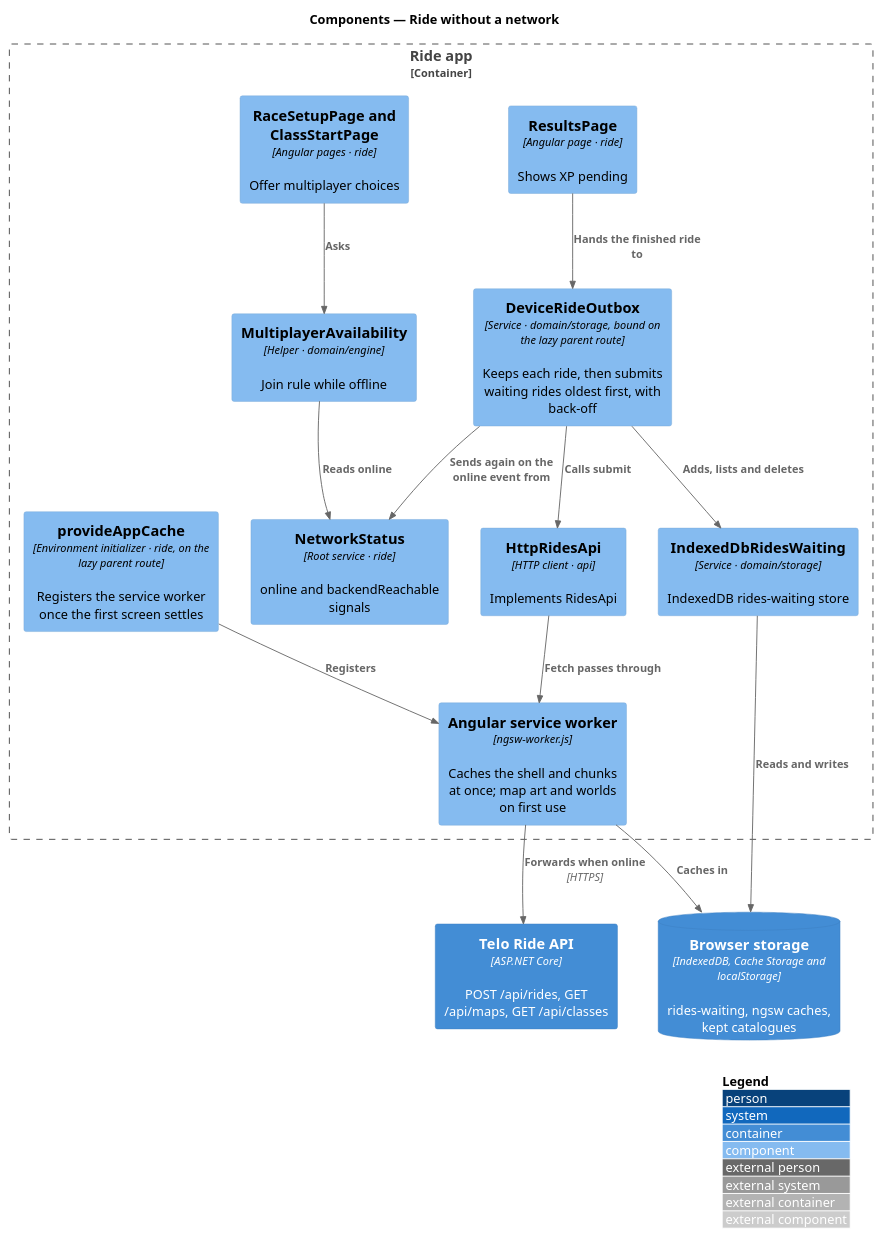
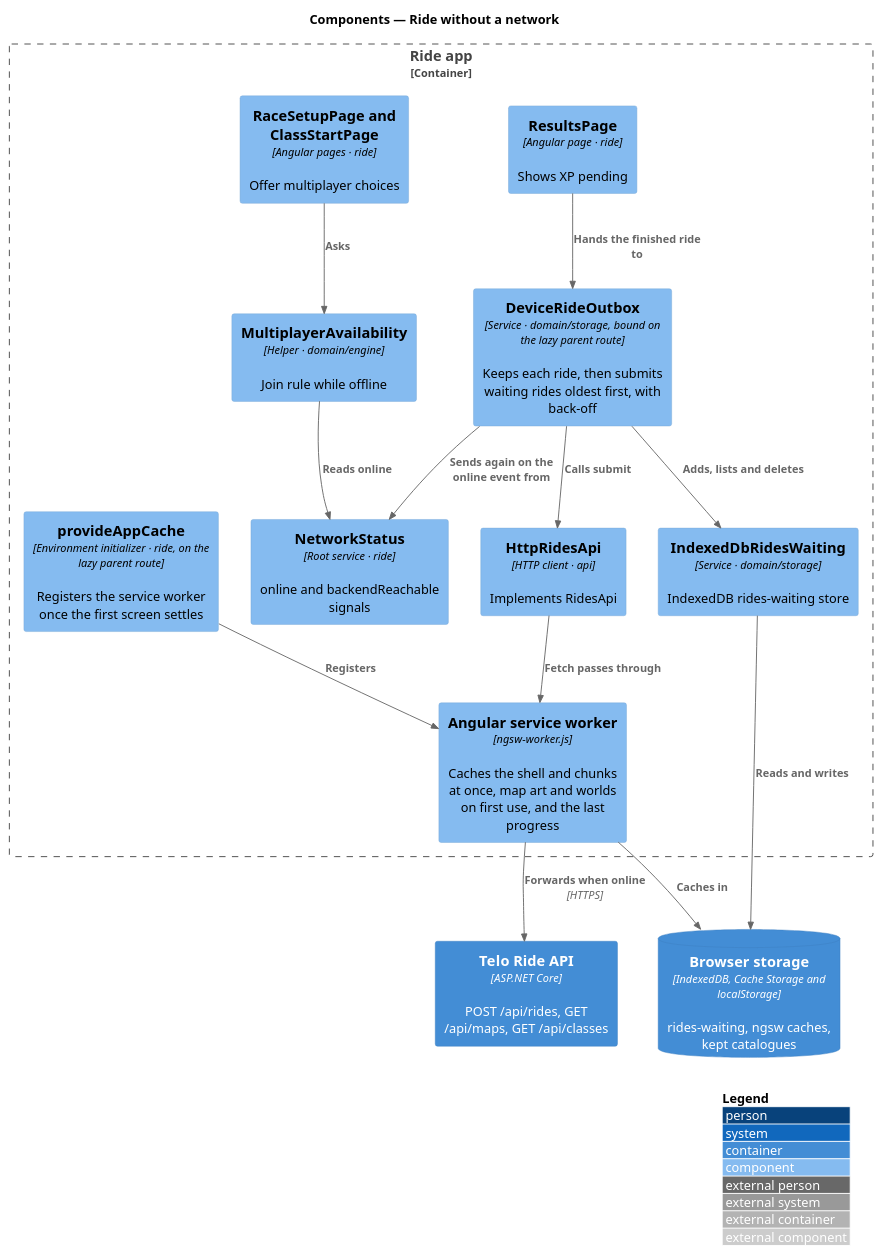
Before and after one commit to QuinntyneBrown/wattzup: the diagram in docs/detailed-designs/performance/ride-without-a-network/diagrams/c4-component.puml, drawn with PlantUML. The commit also changed 20 other files, not shown here.

First line of the commit message:
Cache the app on the device with the Angular service worker

```diff
--- a/docs/detailed-designs/performance/ride-without-a-network/diagrams/c4-component.puml
+++ b/docs/detailed-designs/performance/ride-without-a-network/diagrams/c4-component.puml
@@ -1,30 +1,30 @@
 @startuml
 !include <C4/C4_Component>
 LAYOUT_WITH_LEGEND()
 title Components — Ride without a network
 
 Container(api, "Telo Ride API", "ASP.NET Core", "POST /api/rides, GET /api/maps, GET /api/classes")
 ContainerDb(idb, "Browser storage", "IndexedDB, Cache Storage and localStorage", "rides-waiting, ngsw caches, kept catalogues")
 Container_Boundary(app, "Ride app") {
   Component(results, "ResultsPage", "Angular page · ride", "Shows XP pending")
   Component(setup, "RaceSetupPage and ClassStartPage", "Angular pages · ride", "Offer multiplayer choices")
   Component(sync, "DeviceRideOutbox", "Service · domain/storage, bound on the lazy parent route", "Keeps each ride, then submits waiting rides oldest first, with back-off")
   Component(net, "NetworkStatus", "Root service · ride", "online and backendReachable signals")
   Component(avail, "MultiplayerAvailability", "Helper · domain/engine", "Join rule while offline")
   Component(outbox, "IndexedDbRidesWaiting", "Service · domain/storage", "IndexedDB rides-waiting store")
   Component(ridesApi, "HttpRidesApi", "HTTP client · api", "Implements RidesApi")
   Component(register, "provideAppCache", "Environment initializer · ride, on the lazy parent route", "Registers the service worker once the first screen settles")
-  Component(sw, "Angular service worker", "ngsw-worker.js", "Caches the shell and chunks at once; map art and worlds on first use")
+  Component(sw, "Angular service worker", "ngsw-worker.js", "Caches the shell and chunks at once, map art and worlds on first use, and the last progress")
 }
 Rel(results, sync, "Hands the finished ride to")
 Rel(sync, outbox, "Adds, lists and deletes")
 Rel(sync, ridesApi, "Calls submit")
 Rel(sync, net, "Sends again on the online event from")
 Rel(setup, avail, "Asks")
 Rel(avail, net, "Reads online")
 Rel(outbox, idb, "Reads and writes")
 Rel(ridesApi, sw, "Fetch passes through")
 Rel(register, sw, "Registers")
 Rel(sw, idb, "Caches in")
 Rel(sw, api, "Forwards when online", "HTTPS")
 @enduml
```
